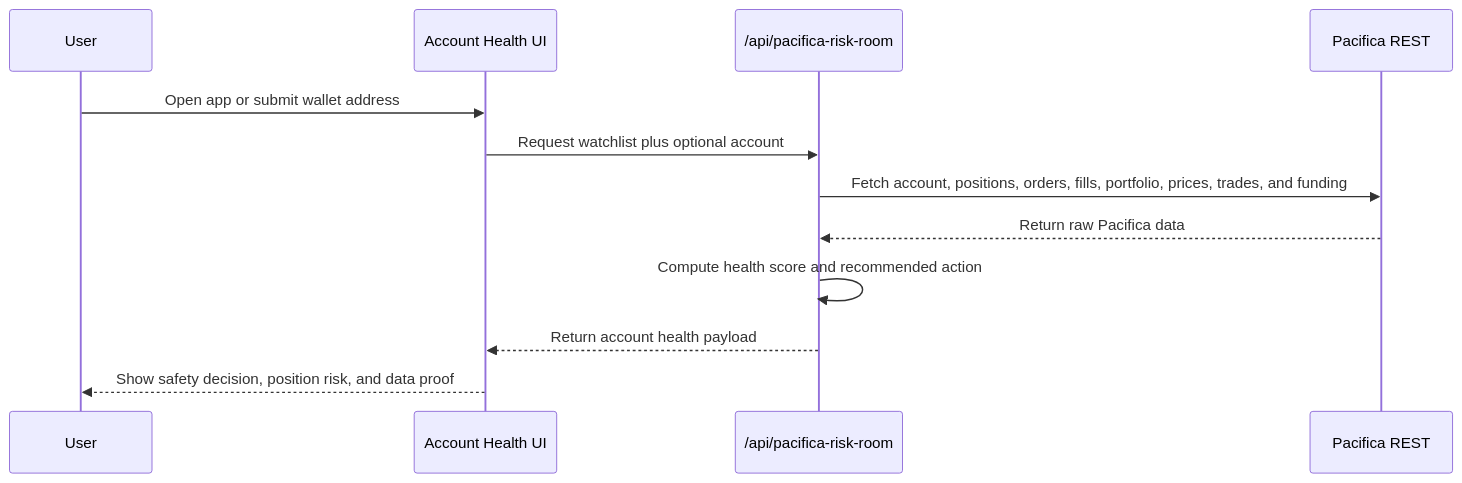
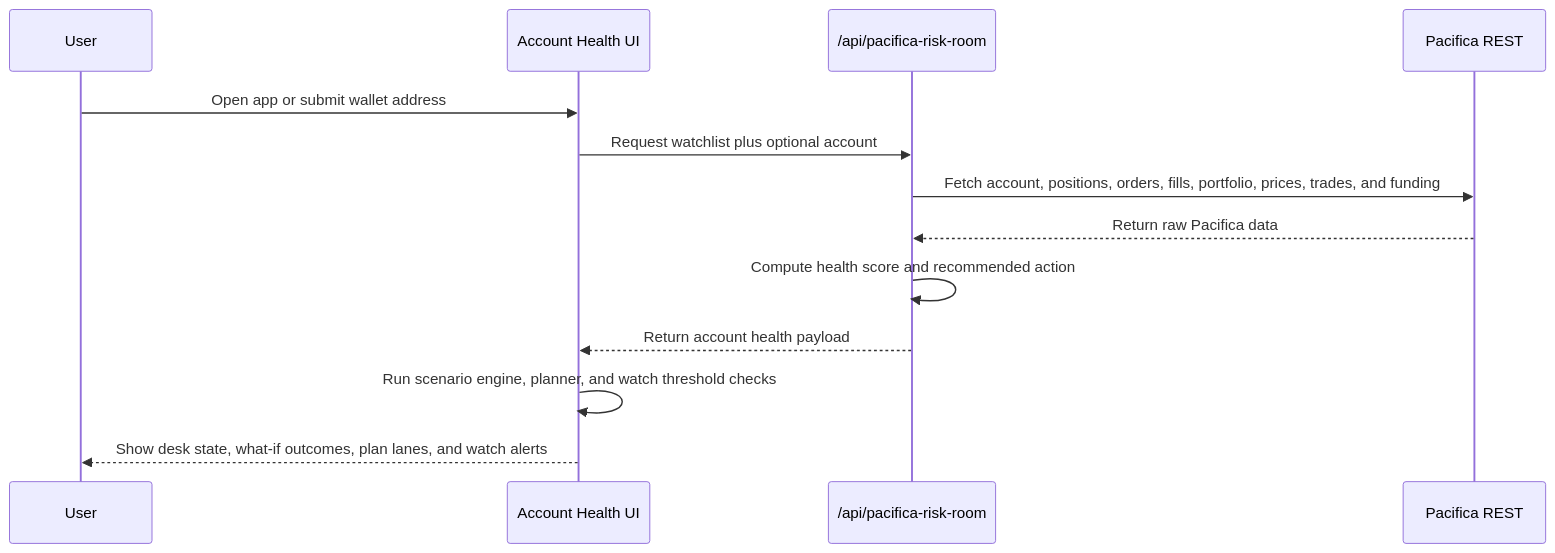
The second of 2 diagrams in README.md (richard7463/pacifica-risk-room), drawn with Mermaid before and after one commit. The commit also changed other lines of this file and 7 other files, not shown here.

Commit message:
Turn risk page into decision workspace

````diff
--- a/README.md
+++ b/README.md
@@ -126,14 +130,15 @@
 ```mermaid
 sequenceDiagram
   participant User
   participant Page as Account Health UI
   participant API as /api/pacifica-risk-room
   participant Pacifica as Pacifica REST
   User->>Page: Open app or submit wallet address
   Page->>API: Request watchlist plus optional account
   API->>Pacifica: Fetch account, positions, orders, fills, portfolio, prices, trades, and funding
   Pacifica-->>API: Return raw Pacifica data
   API->>API: Compute health score and recommended action
   API-->>Page: Return account health payload
-  Page-->>User: Show safety decision, position risk, and data proof
+  Page->>Page: Run scenario engine, planner, and watch threshold checks
+  Page-->>User: Show desk state, what-if outcomes, plan lanes, and watch alerts
 ```
````
